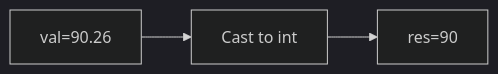
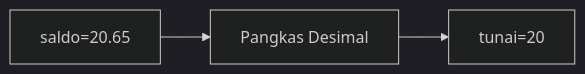
Before and after one commit to amnahwaida/OSNK_INF_PREP: the ninth of 25 diagrams in part-c-pemahaman-cpp/01-tipe-data/latihan/set-02.md, drawn with Mermaid (dark theme). The commit also changed other lines of this file and 71 other files, not shown here.

````diff
--- a/part-c-pemahaman-cpp/01-tipe-data/latihan/set-02.md
+++ b/part-c-pemahaman-cpp/01-tipe-data/latihan/set-02.md
@@ -239,5 +250,5 @@
 ```mermaid
 graph LR
-A["val=90.26"] --> B["Cast to int"]
-B --> C["res=90"]
+A["saldo=20.65"] --> B["Pangkas Desimal"]
+B --> C["tunai=20"]
 ```
````
